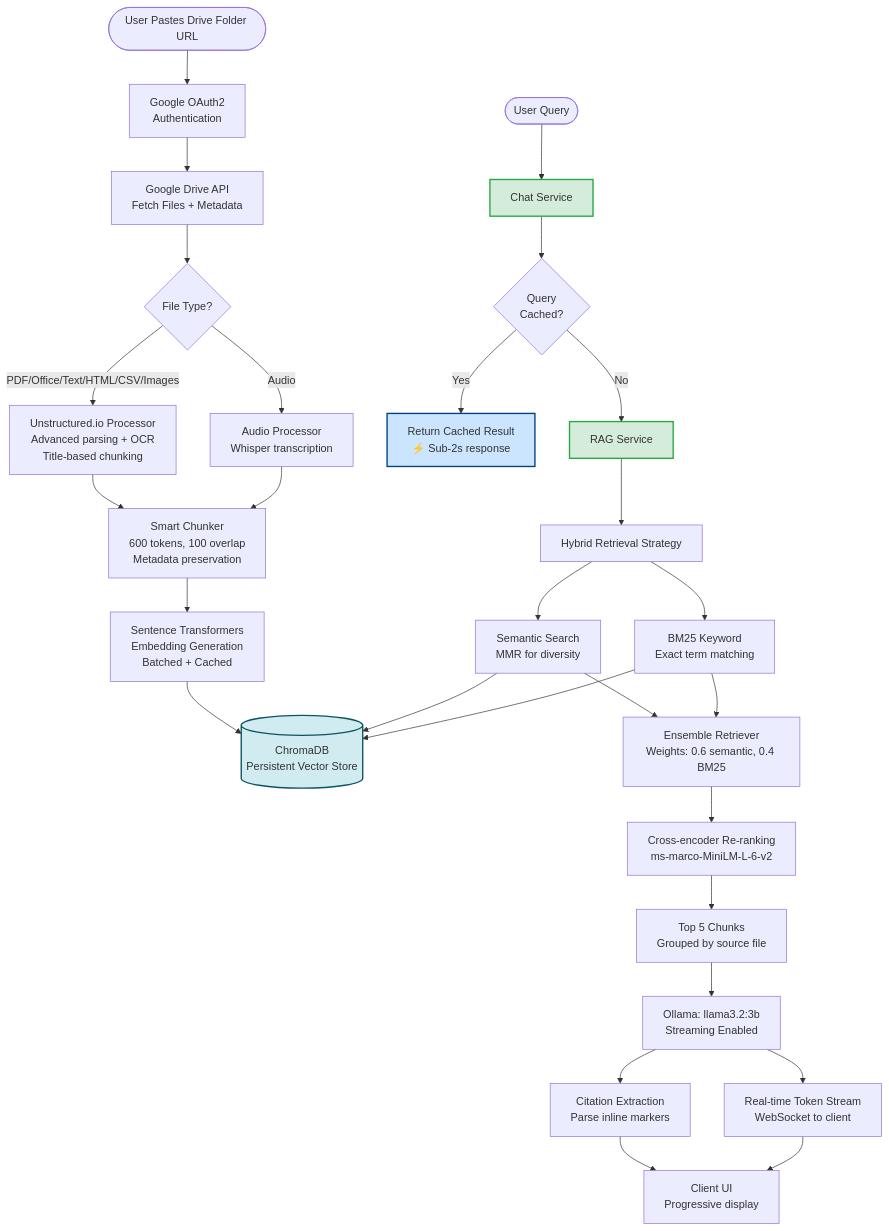
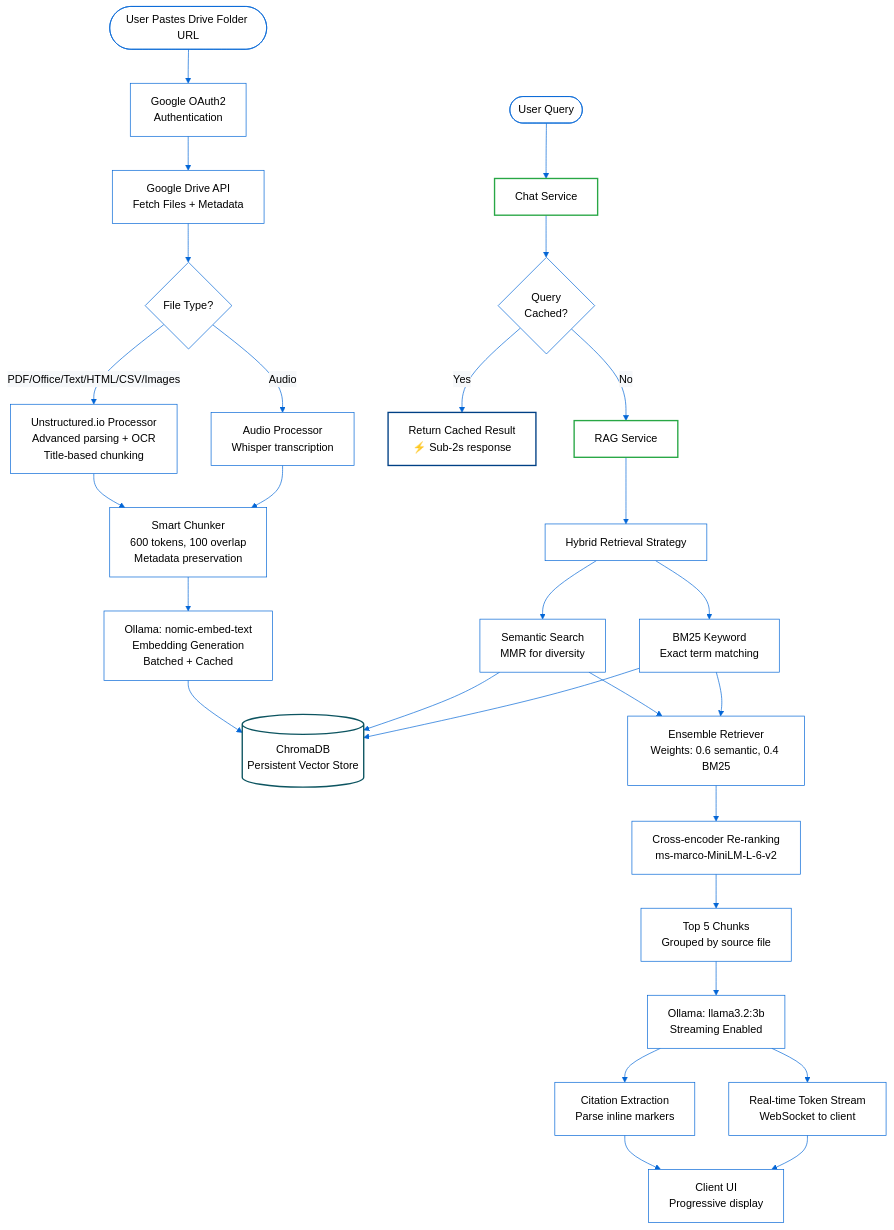
The first of 5 diagrams in README.md (arpan1221/Foldex), drawn with Mermaid before and after one commit. The commit also changed other lines of this file and 1 other file, not shown here.

````diff
--- a/README.md
+++ b/README.md
@@ -40,52 +85,53 @@
 ```mermaid
+%%{init: {'theme':'base', 'themeVariables': { 'primaryColor':'#ffffff', 'primaryTextColor':'#000000', 'primaryBorderColor':'#0366d6', 'lineColor':'#0366d6', 'secondaryColor':'#f6f8fa', 'tertiaryColor':'#ffffff'}}}%%
 graph TB
     Start([User Pastes Drive Folder URL]) --> Auth[Google OAuth2<br/>Authentication]
     Auth --> Fetch[Google Drive API<br/>Fetch Files + Metadata]
     
     Fetch --> FileType{File Type?}
     
     FileType -->|PDF/Office/Text/HTML/CSV/Images| UnstructuredProc[Unstructured.io Processor<br/>Advanced parsing + OCR<br/>Title-based chunking]
     FileType -->|Audio| AudioProc[Audio Processor<br/>Whisper transcription]
     
     UnstructuredProc --> Chunker[Smart Chunker<br/>600 tokens, 100 overlap<br/>Metadata preservation]
     AudioProc --> Chunker
     
-    Chunker --> Embed[Sentence Transformers<br/>Embedding Generation<br/>Batched + Cached]
+    Chunker --> Embed[Ollama: nomic-embed-text<br/>Embedding Generation<br/>Batched + Cached]
     
     Embed --> VectorDB[(ChromaDB<br/>Persistent Vector Store)]
     
     Query([User Query]) --> ChatService[Chat Service]
     
     ChatService --> QCache{Query<br/>Cached?}
     
     QCache -->|Yes| CachedResult[Return Cached Result<br/>⚡ Sub-2s response]
     QCache -->|No| RAGFlow
     
     RAGFlow[RAG Service] --> Retrieval[Hybrid Retrieval Strategy]
     
     Retrieval --> Semantic[Semantic Search<br/>MMR for diversity]
     Retrieval --> BM25[BM25 Keyword<br/>Exact term matching]
     
     Semantic --> VectorDB
     BM25 --> VectorDB
     
     Semantic --> Ensemble[Ensemble Retriever<br/>Weights: 0.6 semantic, 0.4 BM25]
     BM25 --> Ensemble
     
     Ensemble --> Rerank[Cross-encoder Re-ranking<br/>ms-marco-MiniLM-L-6-v2]
     
     Rerank --> TopK[Top 5 Chunks<br/>Grouped by source file]
     
     TopK --> OllamaLLM[Ollama: llama3.2:3b<br/>Streaming Enabled]
     
     OllamaLLM --> Stream[Real-time Token Stream<br/>WebSocket to client]
     OllamaLLM --> Citations[Citation Extraction<br/>Parse inline markers]
     
     Citations --> UI[Client UI<br/>Progressive display]
     Stream --> UI
     
-    style ChatService fill:#d4edda,stroke:#28a745,stroke-width:2px
-    style RAGFlow fill:#d4edda,stroke:#28a745,stroke-width:2px
-    style CachedResult fill:#cce5ff,stroke:#004085,stroke-width:2px
-    style VectorDB fill:#d1ecf1,stroke:#0c5460,stroke-width:2px
+    style ChatService fill:#ffffff,stroke:#28a745,stroke-width:2px,color:#000000
+    style RAGFlow fill:#ffffff,stroke:#28a745,stroke-width:2px,color:#000000
+    style CachedResult fill:#ffffff,stroke:#004085,stroke-width:2px,color:#000000
+    style VectorDB fill:#ffffff,stroke:#0c5460,stroke-width:2px,color:#000000
 ```
````
